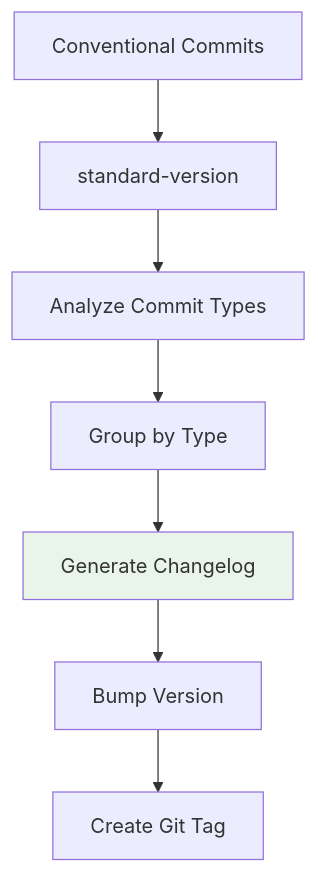
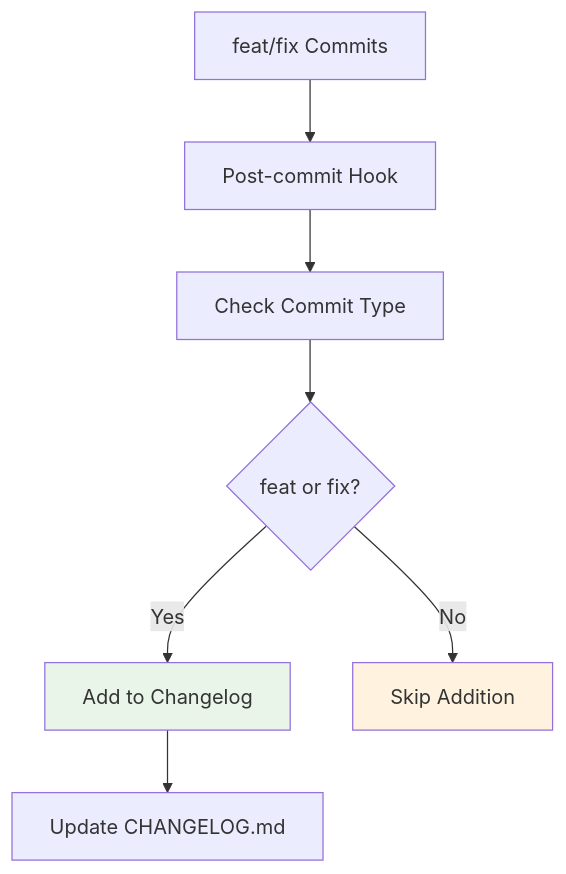
Before and after one commit to OpenCoreMMO/OpenCoreMMO: the third of 4 diagrams in docs/contributing/commit-guidelines.md, drawn with Mermaid. The commit also changed other lines of this file and 43 other files, not shown here.

````diff
--- a/docs/contributing/commit-guidelines.md
+++ b/docs/contributing/commit-guidelines.md
@@ -206,11 +208,12 @@
 ```mermaid
 graph TD
-    A[Conventional Commits] --> B[standard-version]
-    B --> C[Analyze Commit Types]
-    C --> D[Group by Type]
-    D --> E[Generate Changelog]
-    E --> F[Bump Version]
-    F --> G[Create Git Tag]
+    A[feat/fix Commits] --> B[Post-commit Hook]
+    B --> C[Check Commit Type]
+    C --> D{feat or fix?}
+    D -->|Yes| E[Add to Changelog]
+    D -->|No| F[Skip Addition]
+    E --> G[Update CHANGELOG.md]
     
     style E fill:#e8f5e8
+    style F fill:#fff3e0
 ```
````
